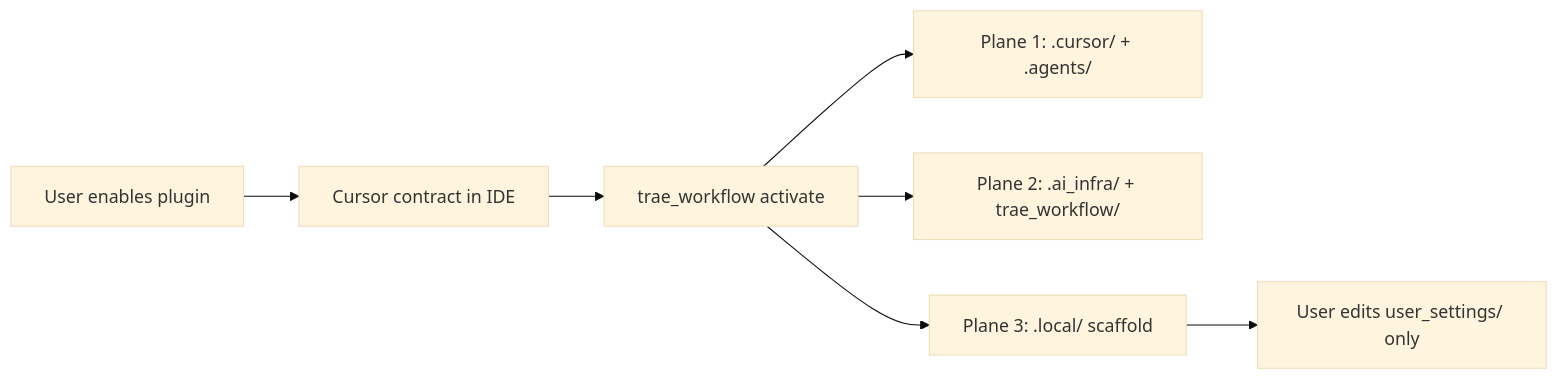
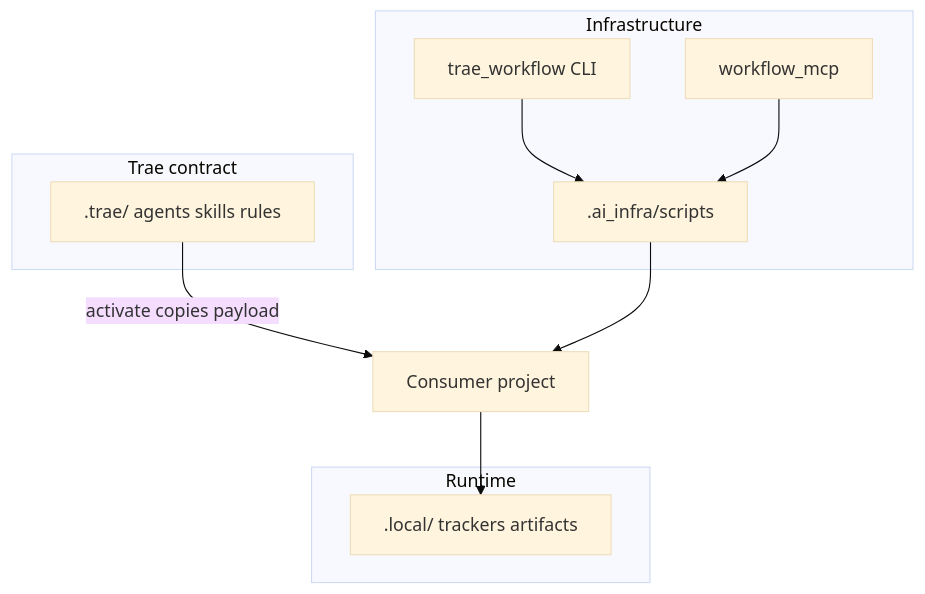
Before and after one commit to SavinRazvan/mas-workflow-kit-trae: the diagram in .ai_infra/docs/handoff/PLUGIN-ARCHITECTURE.md, drawn with Mermaid (base theme). The commit also changed other lines of this file and 2 other files, not shown here.

First line of the commit message:
Rewrite kit-dev handoff megadocs for Trae edition (SLICE-HYGIENE-HANDOFF).

````diff
--- a/.ai_infra/docs/handoff/PLUGIN-ARCHITECTURE.md
+++ b/.ai_infra/docs/handoff/PLUGIN-ARCHITECTURE.md
@@ -43,9 +29,19 @@
 ```mermaid
-flowchart LR
-  User[User enables plugin] --> Cursor[Cursor contract in IDE]
-  Cursor --> Activate["trae_workflow activate"]
-  Activate --> P1["Plane 1: .cursor/ + .agents/"]
-  Activate --> P2["Plane 2: .ai_infra/ + trae_workflow/"]
-  Activate --> P3["Plane 3: .local/ scaffold"]
-  P3 --> Settings["User edits user_settings/ only"]
+flowchart TB
+  subgraph contract [Trae contract]
+    Trae[".trae/ agents skills rules"]
+  end
+  subgraph infra [Infrastructure]
+    AI[".ai_infra/scripts"]
+    CLI["trae_workflow CLI"]
+    MCP["workflow_mcp"]
+  end
+  subgraph runtime [Runtime]
+    Local[".local/ trackers artifacts"]
+  end
+  Trae -->|"activate copies payload"| Consumer[Consumer project]
+  AI --> Consumer
+  CLI --> AI
+  MCP --> AI
+  Consumer --> Local
 ```
````
